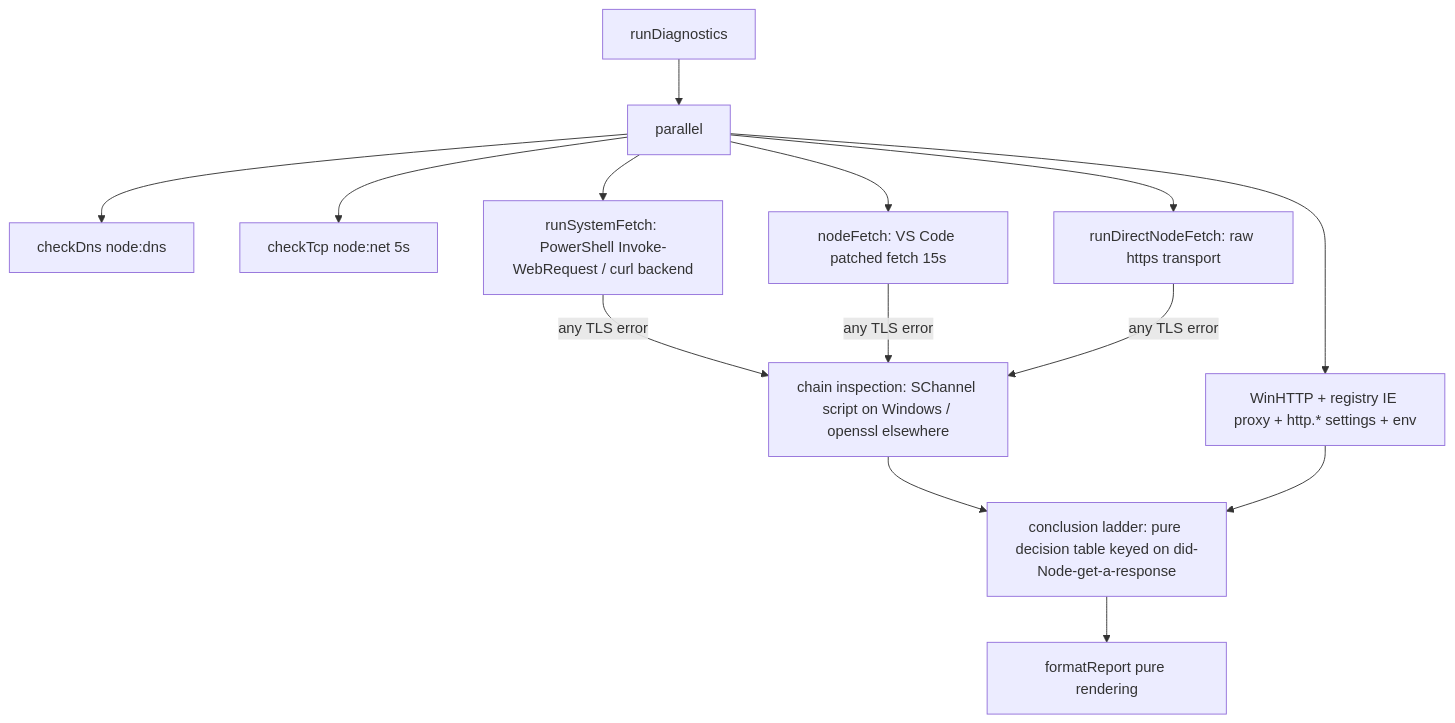
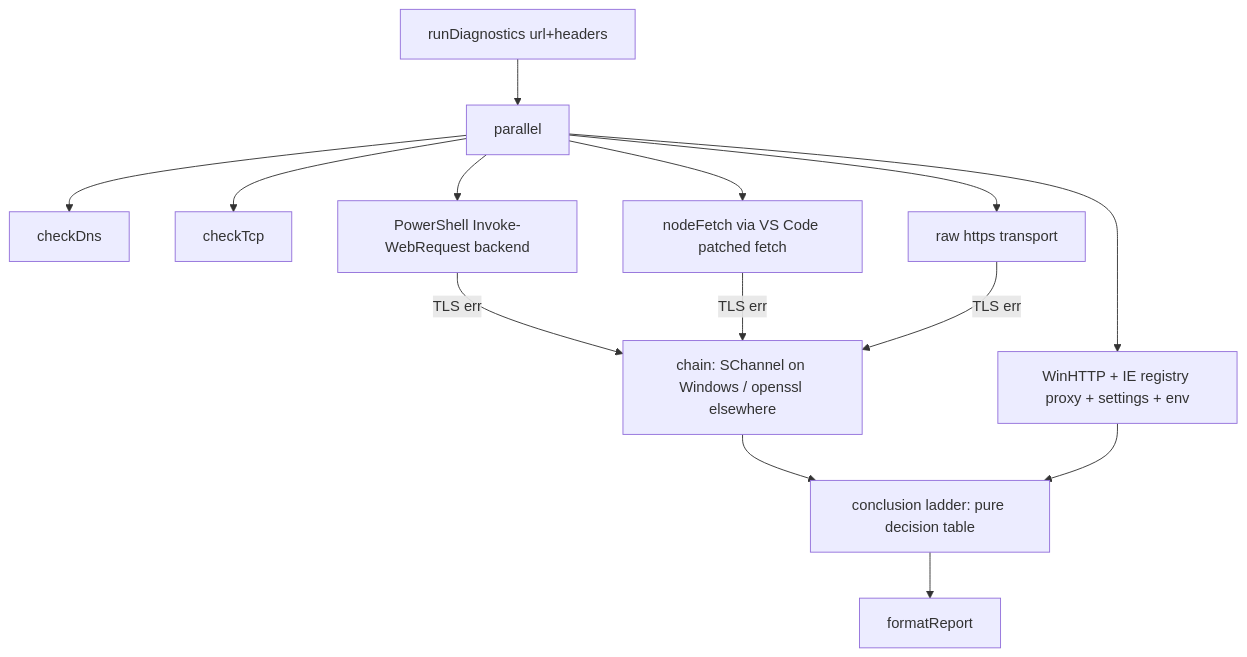
Diagram 13 of 18 in docs/complexity-audit.md (fuzzifikation/vLLM-Copilot), drawn with Mermaid before and after one commit. The commit also changed other lines of this file and 113 other files, not shown here.

````diff
--- a/docs/complexity-audit.md
+++ b/docs/complexity-audit.md
@@ -811,14 +490,8 @@
 ```mermaid
 flowchart TD
-    RD[runDiagnostics] --> P[parallel]
-    P --> DNS[checkDns node:dns]
-    P --> TCP[checkTcp node:net 5s]
-    P --> SYS[runSystemFetch: PowerShell Invoke-WebRequest / curl backend]
-    P --> NF[nodeFetch: VS Code patched fetch 15s]
-    P --> ND[runDirectNodeFetch: raw https transport]
-    SYS & NF & ND -->|any TLS error| CH[chain inspection: SChannel script on Windows / openssl elsewhere]
-    P --> PX[WinHTTP + registry IE proxy + http.* settings + env]
-    CH --> CL[conclusion ladder: pure decision table keyed on did-Node-get-a-response]
-    PX --> CL
-    CL --> FR[formatReport pure rendering]
+    RD[runDiagnostics url+headers] --> P[parallel]
+    P --> DNS[checkDns] & TCP[checkTcp] & SYS[PowerShell Invoke-WebRequest backend] & NF[nodeFetch via VS Code patched fetch] & ND[raw https transport]
+    SYS & NF & ND -->|TLS err| CH[chain: SChannel on Windows / openssl elsewhere]
+    P --> PX[WinHTTP + IE registry proxy + settings + env]
+    CH & PX --> CL[conclusion ladder: pure decision table] --> FR[formatReport]
 ```
````
